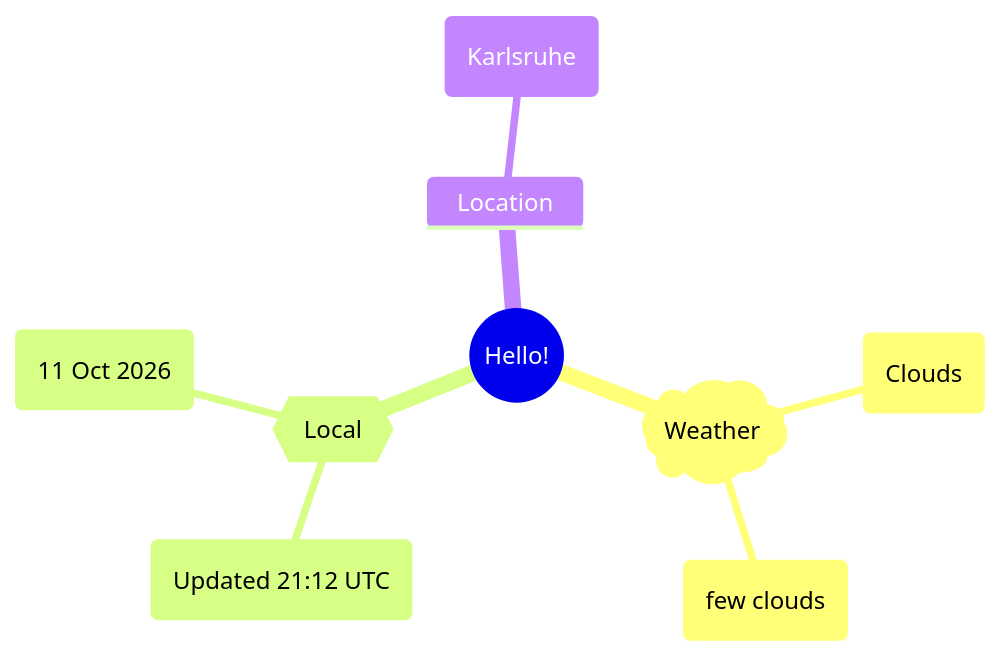
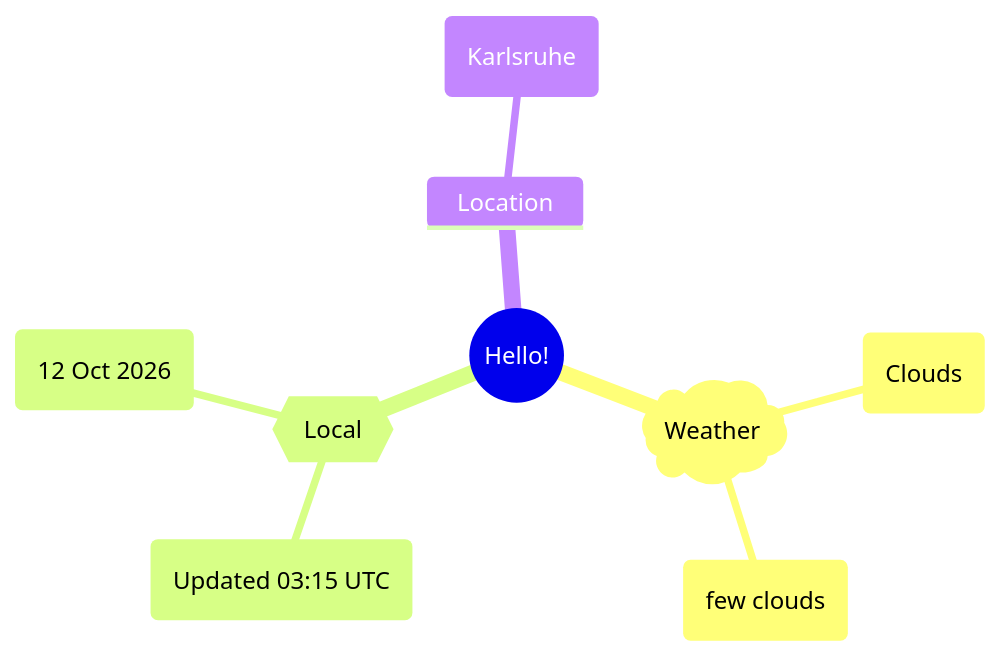
One commit to Xosrov/Xosrov changed the first of 2 diagrams in README.md. Above: the diagram before and after it, drawn with Mermaid.

Commit message:
[bot] updated images

````diff
--- a/README.md
+++ b/README.md
@@ -3,12 +3,12 @@
 ```mermaid
 mindmap
   root((Hello!))
     )Weather(
         (Clouds)
         (few clouds)
     {{Local}}
-        (Updated 21:12 UTC)
-        (11 Oct 2026)
+        (Updated 03:15 UTC)
+        (12 Oct 2026)
     Location
         (Karlsruhe)
 ```
````
